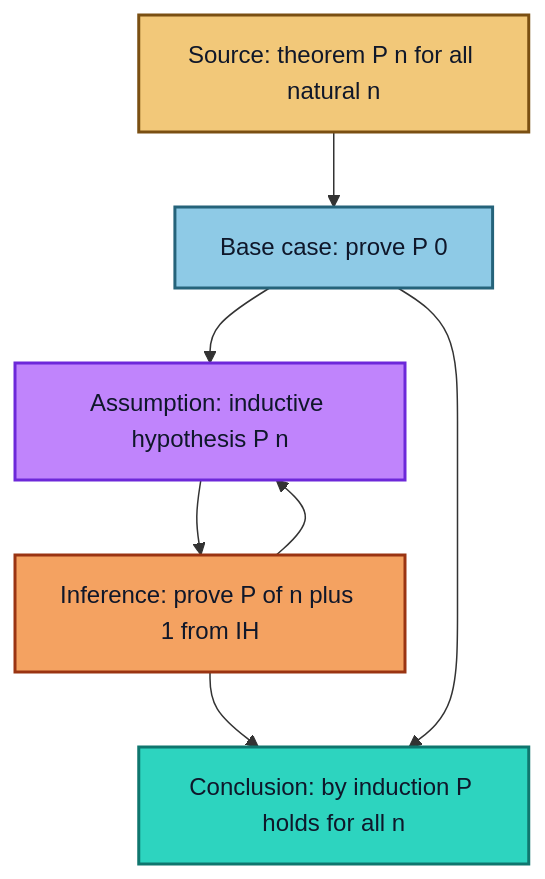
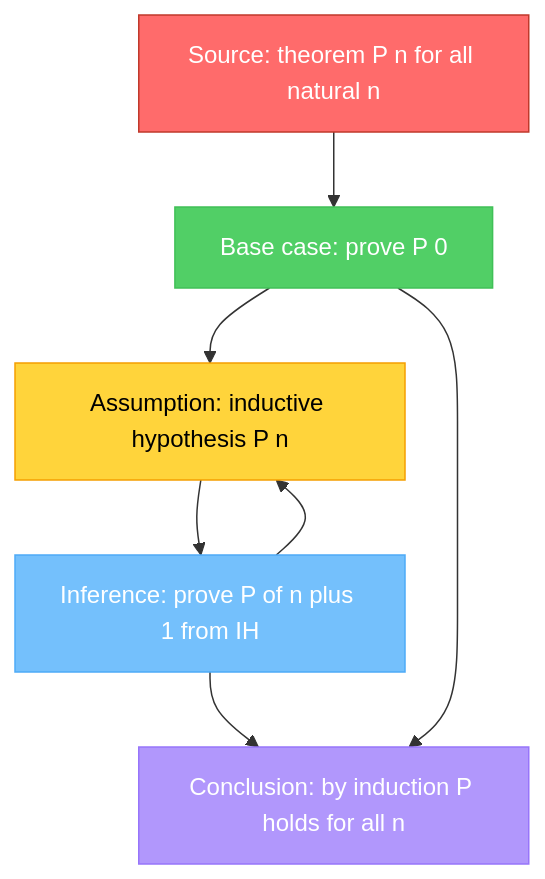
The fifth of 8 diagrams in collaborations/mathematics-database/algorithms-axiomatic-theories-proofs-revised.md (garywelz/progframe), drawn with Mermaid before and after one commit. The commit also changed other lines of this file and 10 other files, not shown here.

````diff
--- a/collaborations/mathematics-database/algorithms-axiomatic-theories-proofs-revised.md
+++ b/collaborations/mathematics-database/algorithms-axiomatic-theories-proofs-revised.md
@@ -343,23 +340,23 @@
 ```mermaid
 flowchart TD
   S["Source: theorem P n for all natural n"]
   B["Base case: prove P 0"]
   IH["Assumption: inductive hypothesis P n"]
   ST["Inference: prove P of n plus 1 from IH"]
   S --> B
   B --> IH
   IH --> ST
   ST --> IH
   ST --> C["Conclusion: by induction P holds for all n"]
   B --> C
-  classDef proofSource fill:#f2c879,stroke:#7a4f12,color:#0f172a,stroke-width:2px
-  classDef proofAssumption fill:#c084fc,stroke:#6d28d9,color:#0f172a,stroke-width:2px
-  classDef proofAssertion fill:#8ecae6,stroke:#25637a,color:#0f172a,stroke-width:2px
-  classDef proofInference fill:#f4a261,stroke:#9a3412,color:#0f172a,stroke-width:2px
-  classDef proofConclusion fill:#2dd4bf,stroke:#0f766e,color:#0f172a,stroke-width:2px
-  class S proofSource
-  class B proofAssertion
-  class IH proofAssumption
-  class ST proofInference
-  class C proofConclusion
+  classDef red fill:#ff6b6b,color:#fff,stroke:#c0392b
+  classDef yellow fill:#ffd43b,color:#000,stroke:#f59f00
+  classDef green fill:#51cf66,color:#fff,stroke:#40c057
+  classDef lightblue fill:#74c0fc,color:#fff,stroke:#4dabf7
+  classDef violet fill:#b197fc,color:#fff,stroke:#9775fa
+  class S red
+  class B green
+  class IH yellow
+  class ST lightblue
+  class C violet
 ```
````
